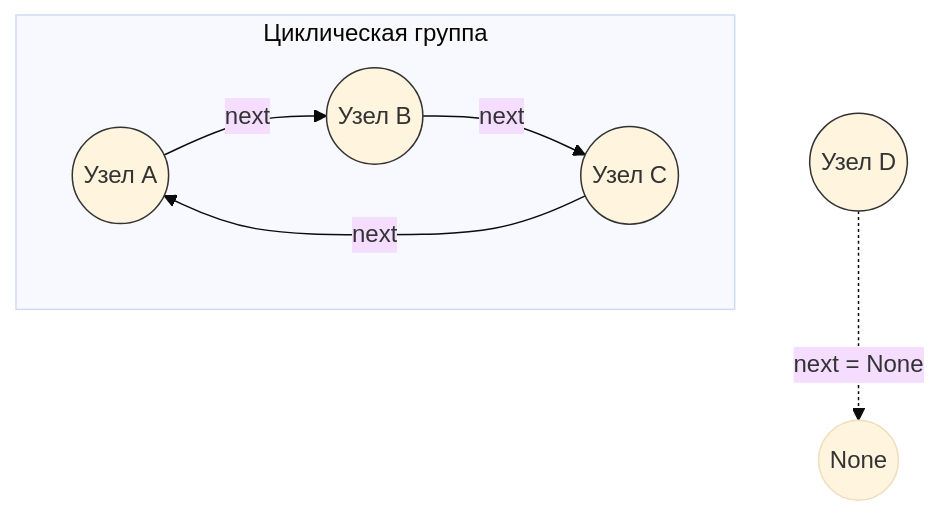
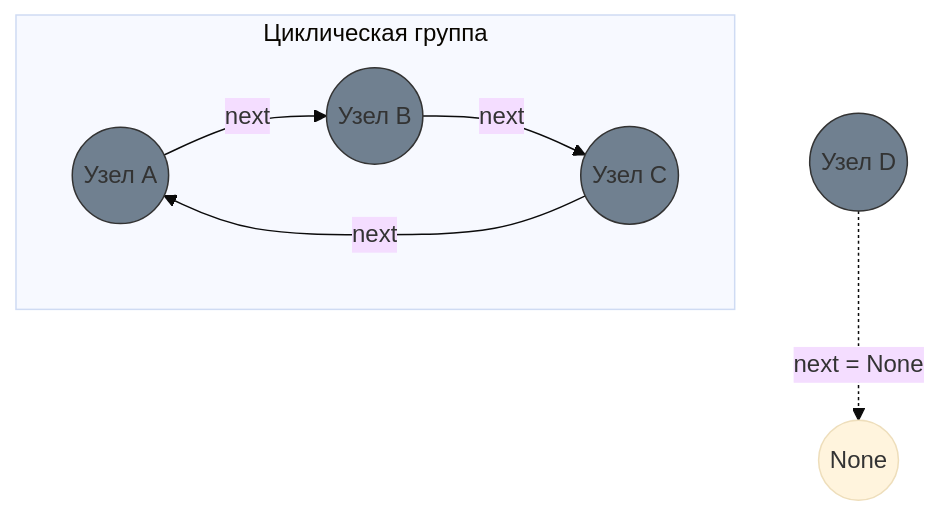
One commit to Dikobez/fai_topit_fundamentals_of_programming changed the third of 3 diagrams in solutions/lab_02/REPORT.md. Above: the diagram before and after it, drawn with Mermaid (base theme). The commit also changed other lines of this file, not shown here.

````diff
--- a/solutions/lab_02/REPORT.md
+++ b/solutions/lab_02/REPORT.md
@@ -154,19 +154,19 @@
 ``` mermaid
 graph TD
     A((Узел A)) -->|next| B((Узел B))
     B -->|next| C((Узел C))
     C -->|next| A
     
     D((Узел D)) -.->|next = None| Null((None))
 
     subgraph Циклическая группа
         A
         B
         C
     end
     
-    style A fill:#fffff,stroke:#333
-    style B fill:#fffff,stroke:#333
-    style C fill:#fffff,stroke:#333
-    style D fill:#fffff,stroke:#333
+    style A fill:#708090,stroke:#333
+    style B fill:#708090,stroke:#333
+    style C fill:#708090,stroke:#333
+    style D fill:#708090,stroke:#333
 ```
````
